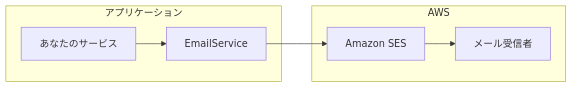
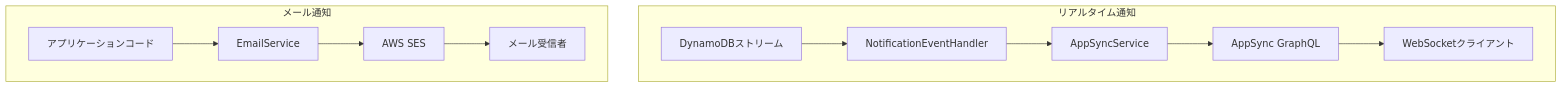
The diagram in i18n/ja/docusaurus-plugin-content-docs/current/notification-module.md (mbc-net/mbc-cqrs-serverless-doc), drawn with Mermaid before and after one commit. The commit also changed other lines of this file and 45 other files, not shown here.

````diff
--- a/i18n/ja/docusaurus-plugin-content-docs/current/notification-module.md
+++ b/i18n/ja/docusaurus-plugin-content-docs/current/notification-module.md
@@ -11,11 +14,15 @@
 ```mermaid
-graph LR
-    subgraph "アプリケーション"
-        A["あなたのサービス"] --> B["EmailService"]
+graph TB
+    subgraph "リアルタイム通知"
+        A["DynamoDBストリーム"] --> B["NotificationEventHandler"]
+        B --> C["AppSyncService"]
+        C --> D["AppSync GraphQL"]
+        D --> E["WebSocketクライアント"]
     end
 
-    subgraph "AWS"
-        B --> C["Amazon SES"]
-        C --> D["メール受信者"]
+    subgraph "メール通知"
+        F["アプリケーションコード"] --> G["EmailService"]
+        G --> H["AWS SES"]
+        H --> I["メール受信者"]
     end
 ```
````
